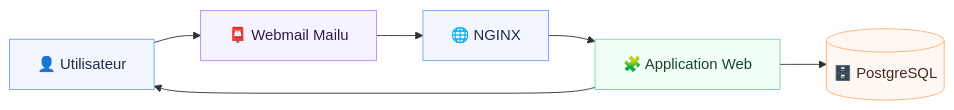
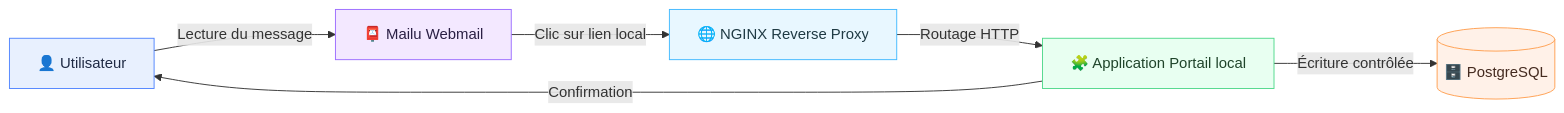
One commit to Alidrix/L_ATELIER changed the first of 2 diagrams in README.md. Above: the diagram before and after it, drawn with Mermaid. The commit also changed other lines of this file and 12 other files, not shown here.

Commit message:
Update README with architecture and launch details

````diff
--- a/README.md
+++ b/README.md
@@ -23,19 +24,20 @@
 ```mermaid
 flowchart LR
-  classDef pastel fill:#F2F7FF,stroke:#7AA2F7,color:#1F2A44;
-  classDef pastel2 fill:#F7F2FF,stroke:#B38BFF,color:#2A1F44;
-  classDef pastel3 fill:#F2FFF7,stroke:#77D9A8,color:#1F442A;
-  classDef pastel4 fill:#FFF7F2,stroke:#FFB37A,color:#442A1F;
+  classDef user fill:#E8F0FE,stroke:#4F83FF,color:#1F2A44;
+  classDef mail fill:#F3E8FF,stroke:#9B6BFF,color:#2A1F44;
+  classDef web fill:#E8F7FF,stroke:#3FB8FF,color:#1F3A44;
+  classDef app fill:#E8FFF1,stroke:#4FD88B,color:#1F442A;
+  classDef db fill:#FFF1E8,stroke:#FF9F4F,color:#442A1F;
 
-  U[👤 Utilisateur]:::pastel
-  M[📮 Webmail Mailu]:::pastel2
-  N[🌐 NGINX]:::pastel
-  A[🧩 Application Web]:::pastel3
-  D[(🗄️ PostgreSQL)]:::pastel4
+  U[👤 Utilisateur]:::user
+  M[📮 Mailu Webmail]:::mail
+  N[🌐 NGINX Reverse Proxy]:::web
+  A[🧩 Application Portail local]:::app
+  D[(🗄️ PostgreSQL)]:::db
 
-  U --> M
-  M --> N
-  N --> A
-  A --> D
-  A --> U
+  U -->|Lecture du message| M
+  M -->|Clic sur lien local| N
+  N -->|Routage HTTP| A
+  A -->|Écriture contrôlée| D
+  A -->|Confirmation| U
 ```
````
